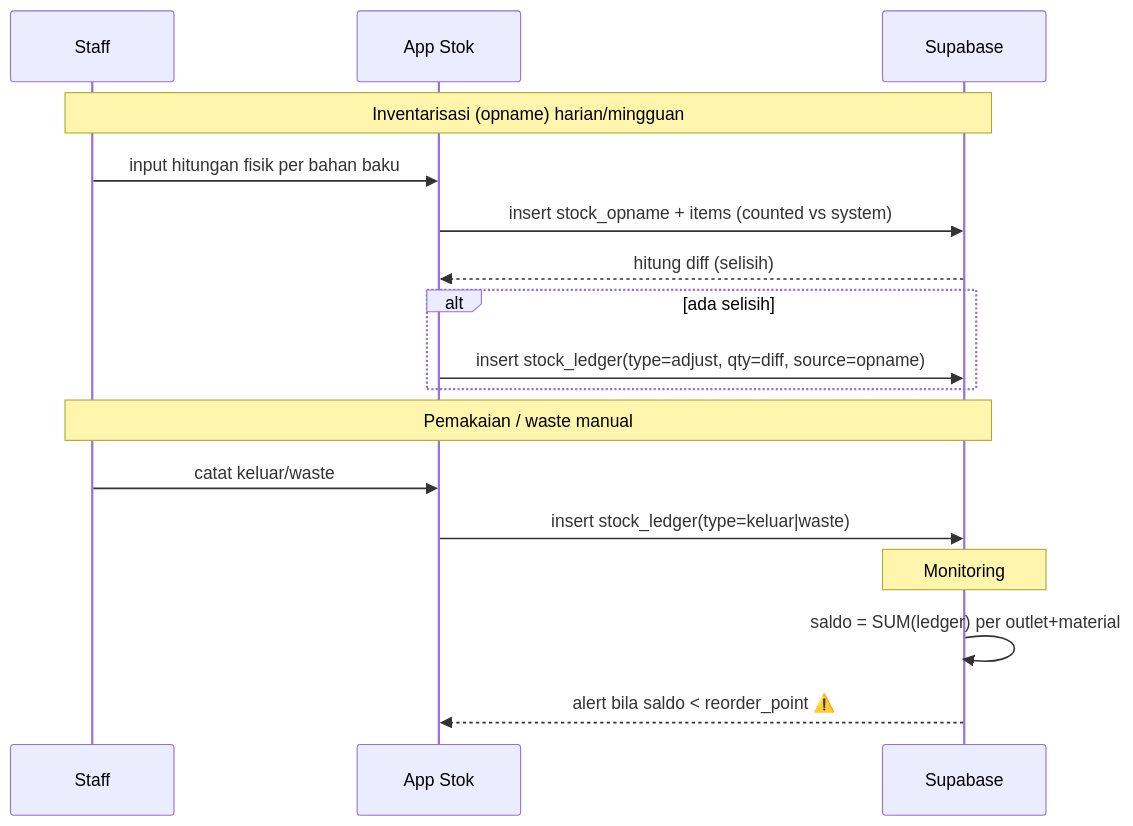
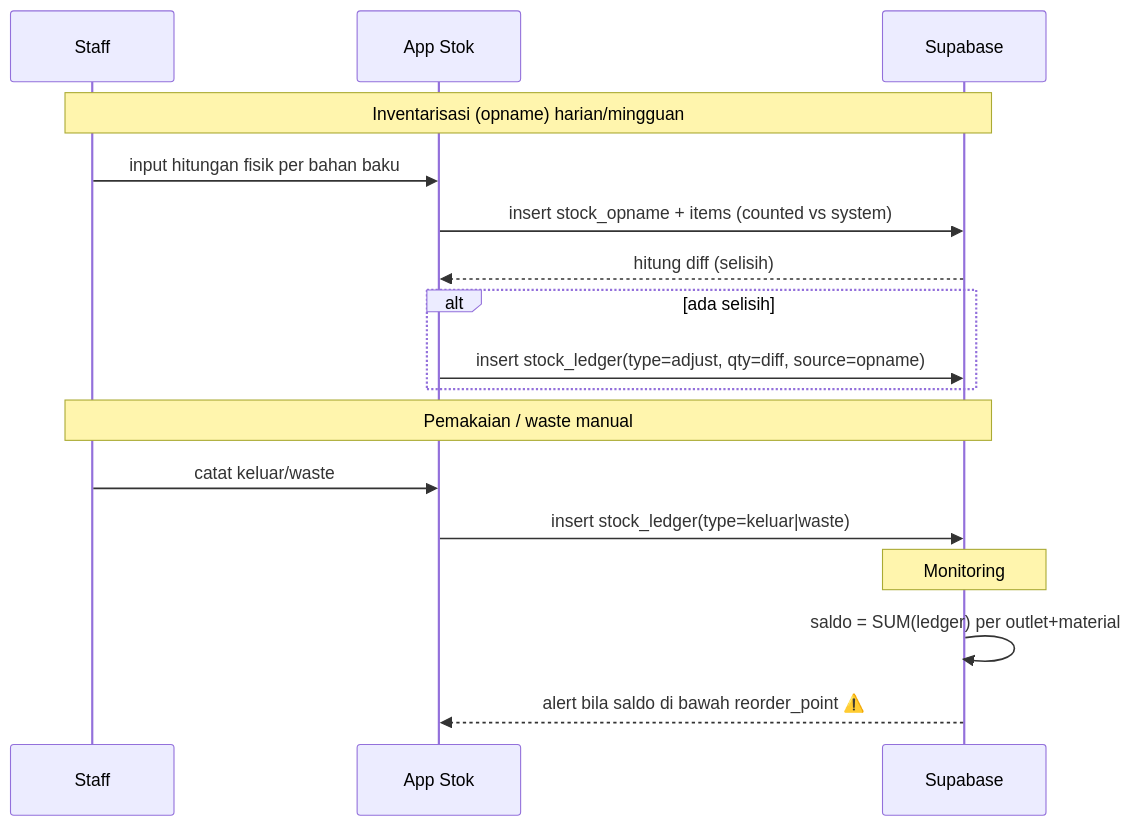
Before and after one commit to dev-sukashawarma/DIGITALISASI-SS-PROJECT: the fourth of 7 diagrams in docs/FLOWS.md, drawn with Mermaid. The commit also changed other lines of this file, not shown here.

Commit message:
fix: ganti tanda < di label Mermaid agar render aman di GitHub

````diff
--- a/docs/FLOWS.md
+++ b/docs/FLOWS.md
@@ -70,22 +70,22 @@
 ```mermaid
 sequenceDiagram
     participant Staff
     participant App as App Stok
     participant S as Supabase
 
     Note over Staff,S: Inventarisasi (opname) harian/mingguan
     Staff->>App: input hitungan fisik per bahan baku
     App->>S: insert stock_opname + items (counted vs system)
     S-->>App: hitung diff (selisih)
     alt ada selisih
         App->>S: insert stock_ledger(type=adjust, qty=diff, source=opname)
     end
 
     Note over Staff,S: Pemakaian / waste manual
     Staff->>App: catat keluar/waste
     App->>S: insert stock_ledger(type=keluar|waste)
 
     Note over S: Monitoring
     S->>S: saldo = SUM(ledger) per outlet+material
-    S-->>App: alert bila saldo < reorder_point ⚠️
+    S-->>App: alert bila saldo di bawah reorder_point ⚠️
 ```
````
